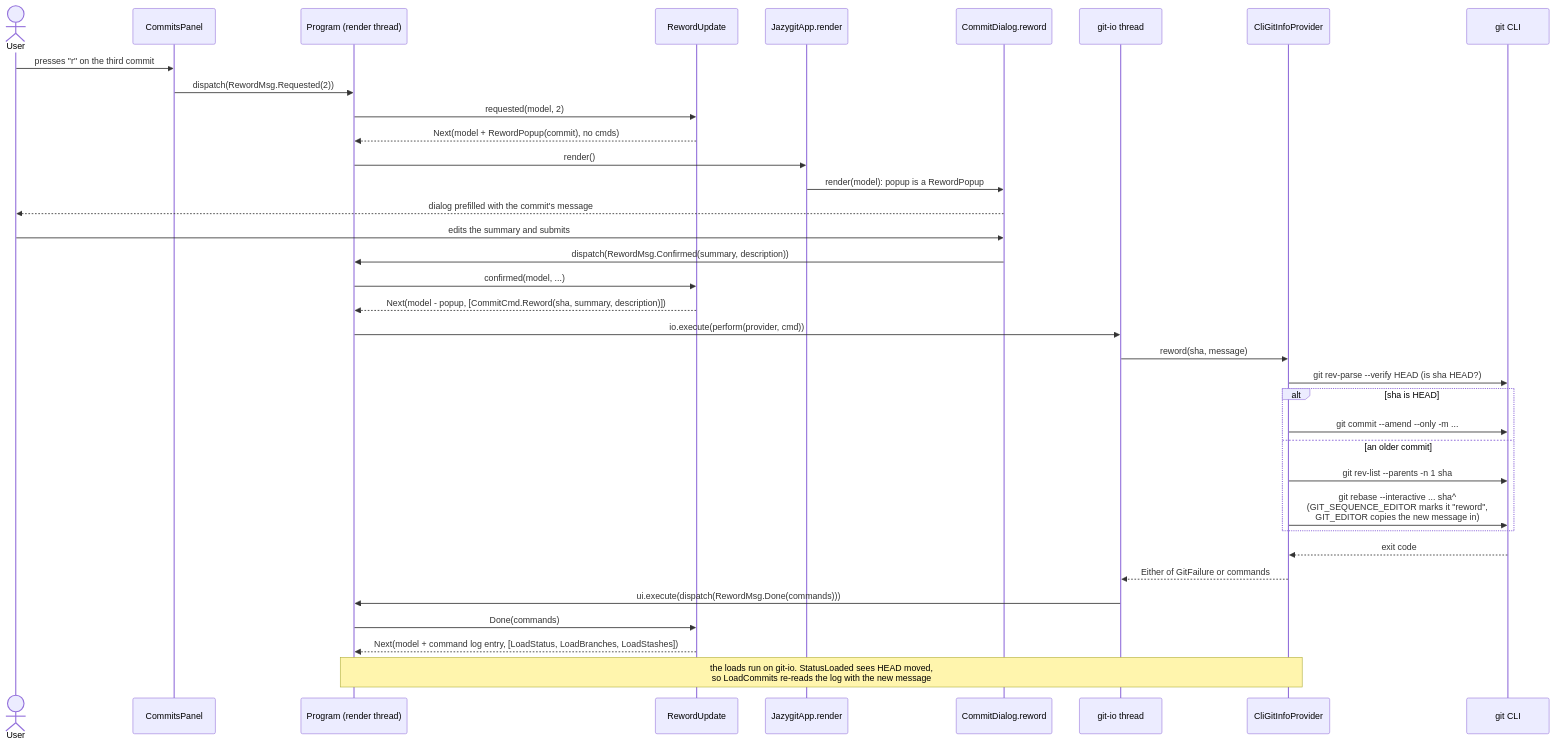
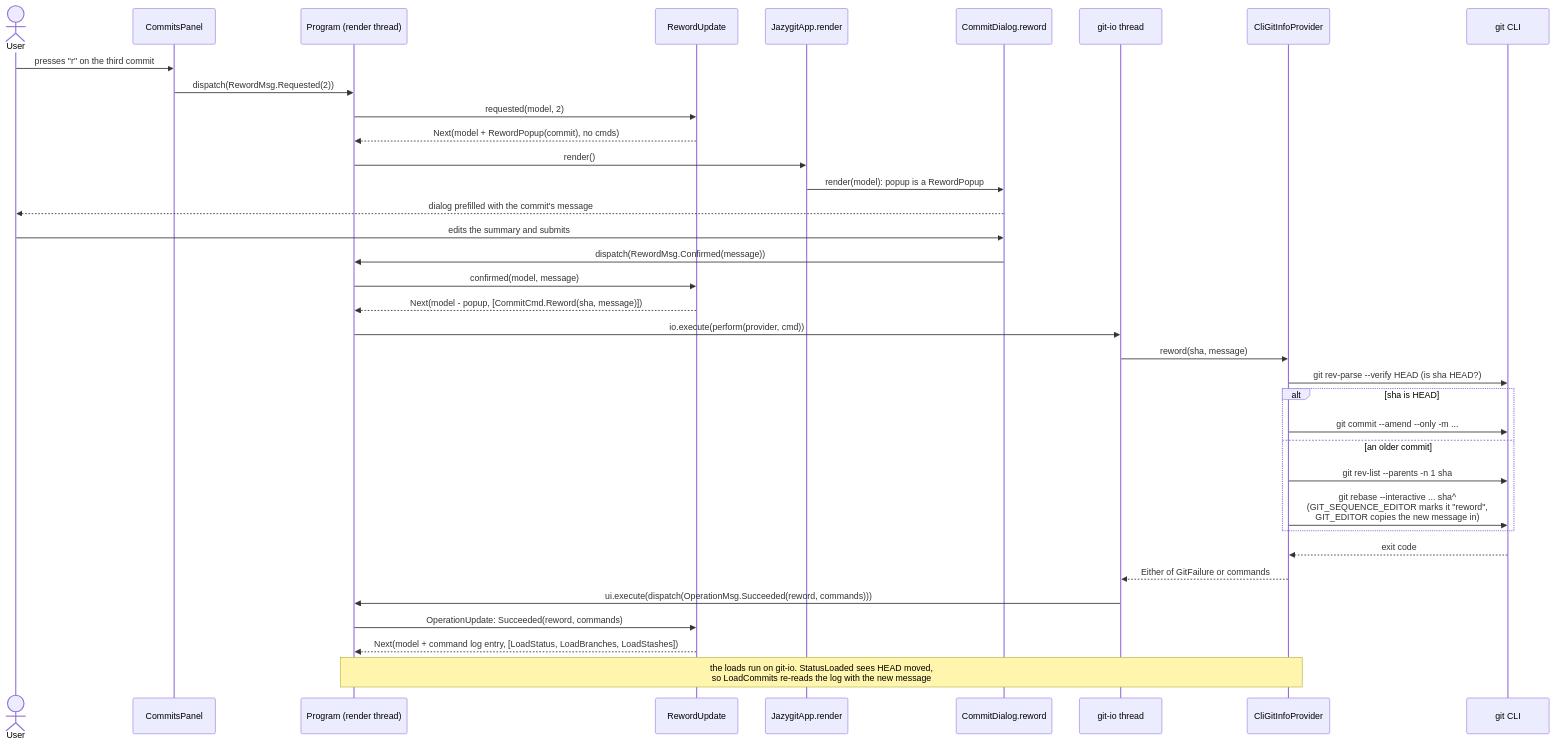
Before and after one commit to cvanfleteren/jazygit: the sixth of 7 diagrams in ARCHITECTURE.md, drawn with Mermaid. The commit also changed other lines of this file and 7 other files, not shown here.

First line of the commit message:
Replace the last nulls and imperative code, update the architecture

````diff
--- a/ARCHITECTURE.md
+++ b/ARCHITECTURE.md
@@ -334,42 +356,42 @@
 ```mermaid
 sequenceDiagram
     actor User
     participant Panel as CommitsPanel
     participant Program as Program (render thread)
     participant Update as RewordUpdate
     participant App as JazygitApp.render
     participant Dialog as CommitDialog.reword
     participant IO as git-io thread
     participant Provider as CliGitInfoProvider
     participant Git as git CLI
 
     User->>Panel: presses "r" on the third commit
     Panel->>Program: dispatch(RewordMsg.Requested(2))
     Program->>Update: requested(model, 2)
     Update-->>Program: Next(model + RewordPopup(commit), no cmds)
     Program->>App: render()
     App->>Dialog: render(model): popup is a RewordPopup
     Dialog-->>User: dialog prefilled with the commit's message
 
     User->>Dialog: edits the summary and submits
-    Dialog->>Program: dispatch(RewordMsg.Confirmed(summary, description))
-    Program->>Update: confirmed(model, ...)
-    Update-->>Program: Next(model - popup, [CommitCmd.Reword(sha, summary, description)])
+    Dialog->>Program: dispatch(RewordMsg.Confirmed(message))
+    Program->>Update: confirmed(model, message)
+    Update-->>Program: Next(model - popup, [CommitCmd.Reword(sha, message)])
     Program->>IO: io.execute(perform(provider, cmd))
 
     IO->>Provider: reword(sha, message)
     Provider->>Git: git rev-parse --verify HEAD (is sha HEAD?)
     alt sha is HEAD
         Provider->>Git: git commit --amend --only -m ...
     else an older commit
         Provider->>Git: git rev-list --parents -n 1 sha
         Provider->>Git: git rebase --interactive ... sha^<br/>(GIT_SEQUENCE_EDITOR marks it "reword",<br/>GIT_EDITOR copies the new message in)
     end
     Git-->>Provider: exit code
     Provider-->>IO: Either of GitFailure or commands
-    IO->>Program: ui.execute(dispatch(RewordMsg.Done(commands)))
+    IO->>Program: ui.execute(dispatch(OperationMsg.Succeeded(reword, commands)))
 
-    Program->>Update: Done(commands)
+    Program->>Update: OperationUpdate: Succeeded(reword, commands)
     Update-->>Program: Next(model + command log entry, [LoadStatus, LoadBranches, LoadStashes])
     Note over Program,Provider: the loads run on git-io. StatusLoaded sees HEAD moved,<br/>so LoadCommits re-reads the log with the new message
 ```
````
